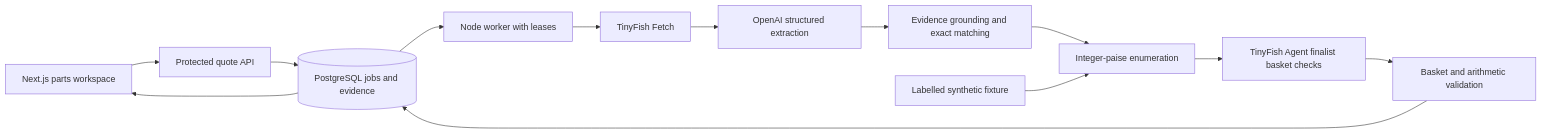
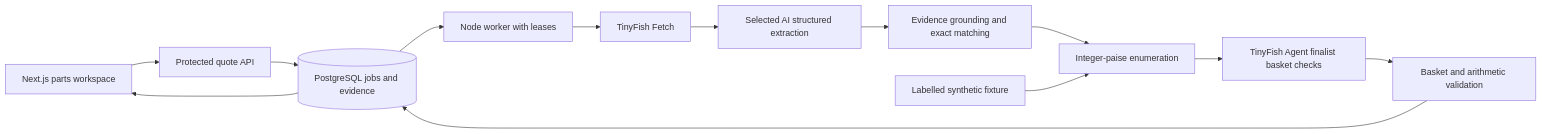
Before and after one commit to Daksh909-design/PartsRoute---Every-Part-One-Complete-Cost.: the diagram in docs/ARCHITECTURE.md, drawn with Mermaid. The commit also changed other lines of this file and 50 other files, not shown here.

````diff
--- a/docs/ARCHITECTURE.md
+++ b/docs/ARCHITECTURE.md
@@ -3,15 +3,15 @@
 ```mermaid
 flowchart LR
   UI[Next.js parts workspace] --> API[Protected quote API]
   API --> PG[(PostgreSQL jobs and evidence)]
   PG --> Worker[Node worker with leases]
   Worker --> Fetch[TinyFish Fetch]
-  Fetch --> AI[OpenAI structured extraction]
+  Fetch --> AI[Selected AI structured extraction]
   AI --> Match[Evidence grounding and exact matching]
   Match --> Optimizer[Integer-paise enumeration]
   Optimizer --> Agent[TinyFish Agent finalist basket checks]
   Agent --> Validate[Basket and arithmetic validation]
   Validate --> PG
   PG --> UI
   Fixture[Labelled synthetic fixture] --> Optimizer
 ```
````
